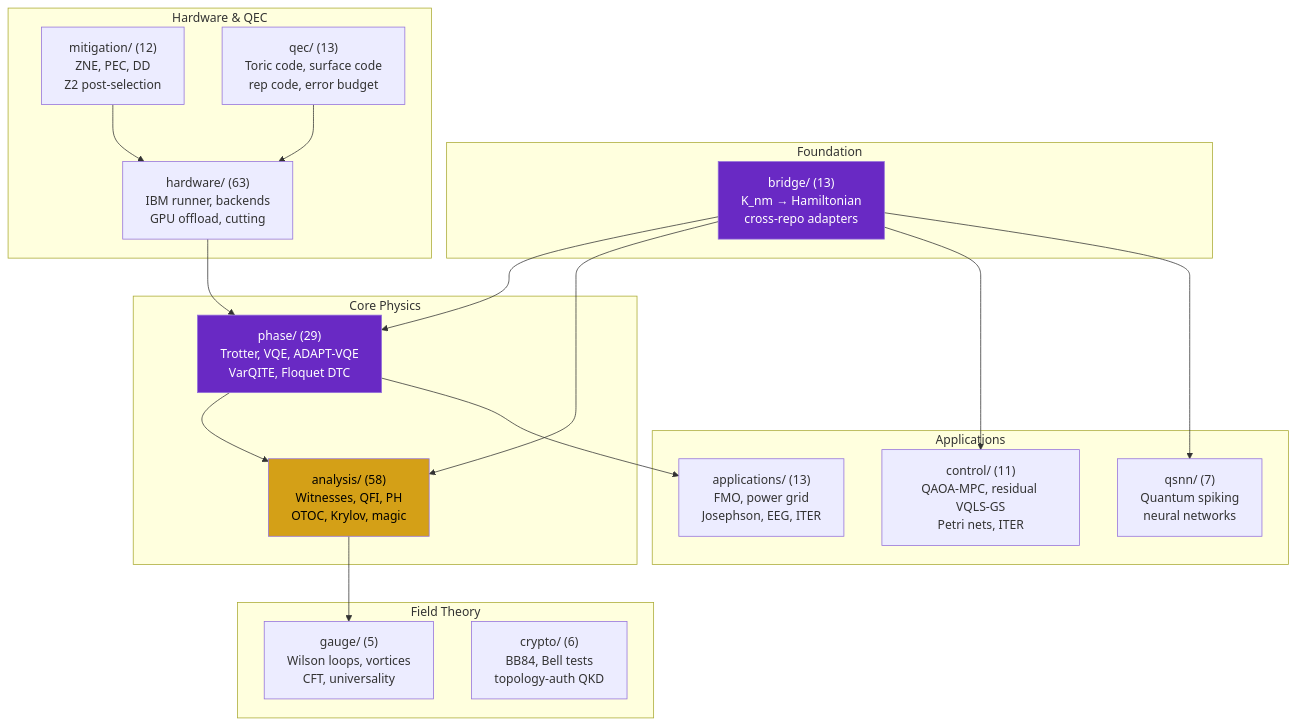
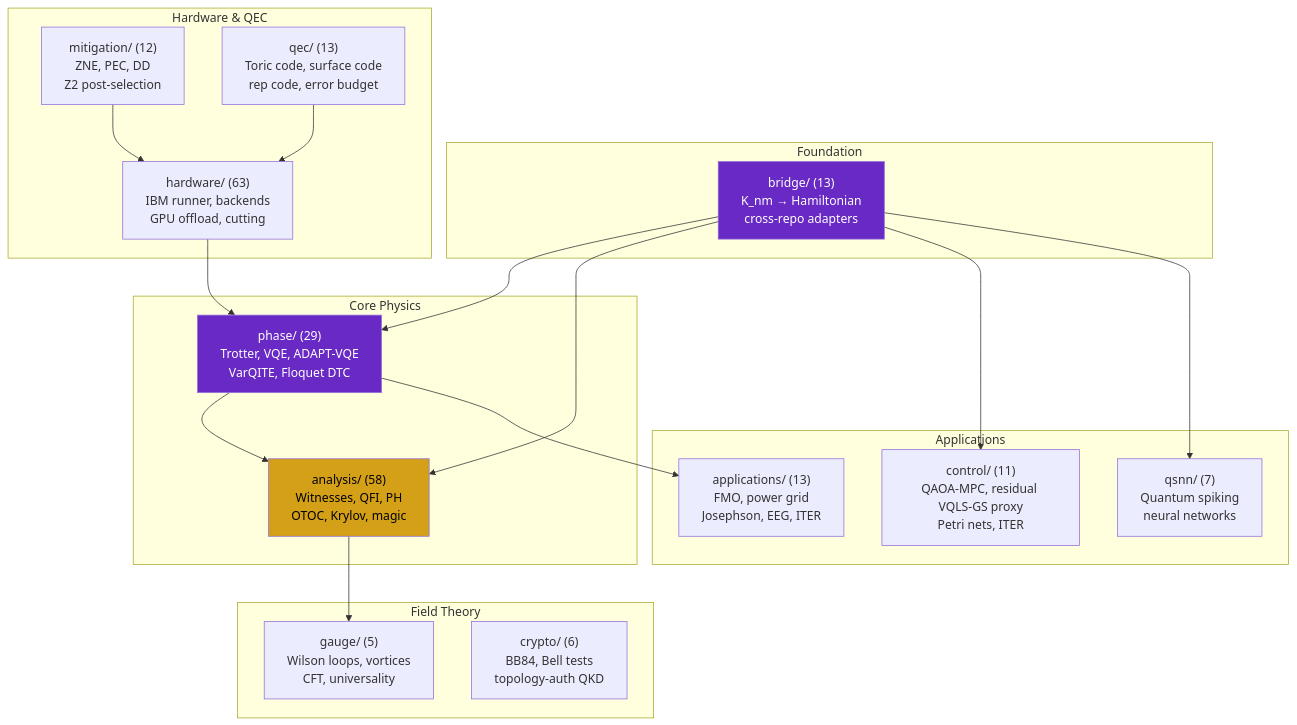
Before and after one commit to anulum/scpn-quantum-control: the first of 2 diagrams in README.md, drawn with Mermaid. The commit also changed other lines of this file and 8 other files, not shown here.

First line of the commit message:
fix: label vqls proxy boundary

````diff
--- a/README.md
+++ b/README.md
@@ -673,43 +673,43 @@
 ```mermaid
 graph TD
     subgraph Foundation
         bridge["bridge/ (13)\nK_nm → Hamiltonian\ncross-repo adapters"]
     end
 
     subgraph "Core Physics"
         phase["phase/ (29)\nTrotter, VQE, ADAPT-VQE\nVarQITE, Floquet DTC"]
         analysis["analysis/ (58)\nWitnesses, QFI, PH\nOTOC, Krylov, magic"]
     end
 
     subgraph "Applications"
-        control["control/ (11)\nQAOA-MPC, residual VQLS-GS\nPetri nets, ITER"]
+        control["control/ (11)\nQAOA-MPC, residual VQLS-GS proxy\nPetri nets, ITER"]
         qsnn["qsnn/ (7)\nQuantum spiking\nneural networks"]
         apps["applications/ (13)\nFMO, power grid\nJosephson, EEG, ITER"]
     end
 
     subgraph "Hardware & QEC"
         hw["hardware/ (63)\nIBM runner, backends\nGPU offload, cutting"]
         mit["mitigation/ (12)\nZNE, PEC, DD\nZ2 post-selection"]
         qec["qec/ (13)\nToric code, surface code\nrep code, error budget"]
     end
 
     subgraph "Field Theory"
         gauge["gauge/ (5)\nWilson loops, vortices\nCFT, universality"]
         crypto["crypto/ (6)\nBB84, Bell tests\ntopology-auth QKD"]
     end
 
     bridge --> phase
     bridge --> analysis
     bridge --> control
     bridge --> qsnn
     phase --> analysis
     phase --> apps
     hw --> phase
     mit --> hw
     qec --> hw
     analysis --> gauge
 
     style bridge fill:#6929C4,color:#fff
     style analysis fill:#d4a017,color:#000
     style phase fill:#6929C4,color:#fff
 ```
````
